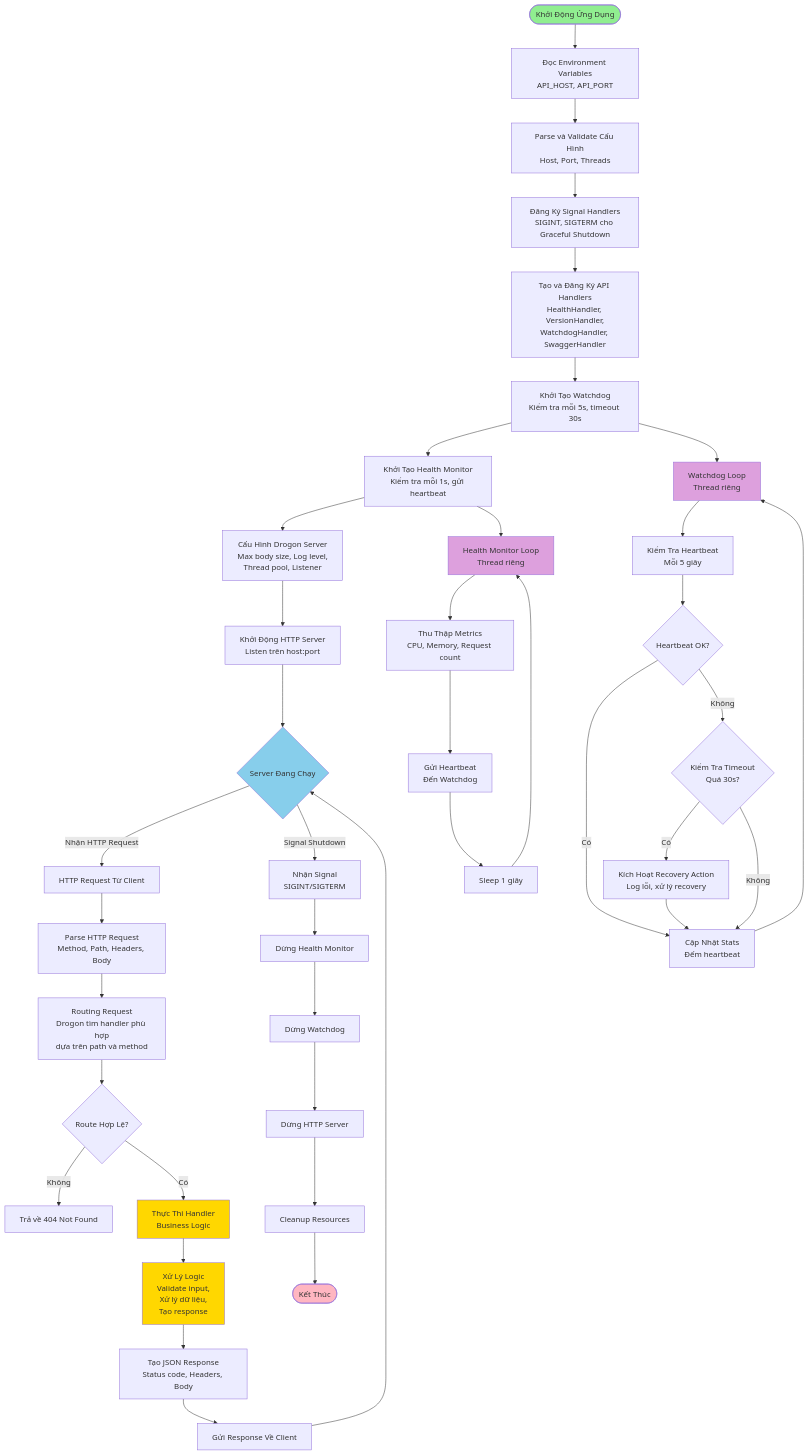
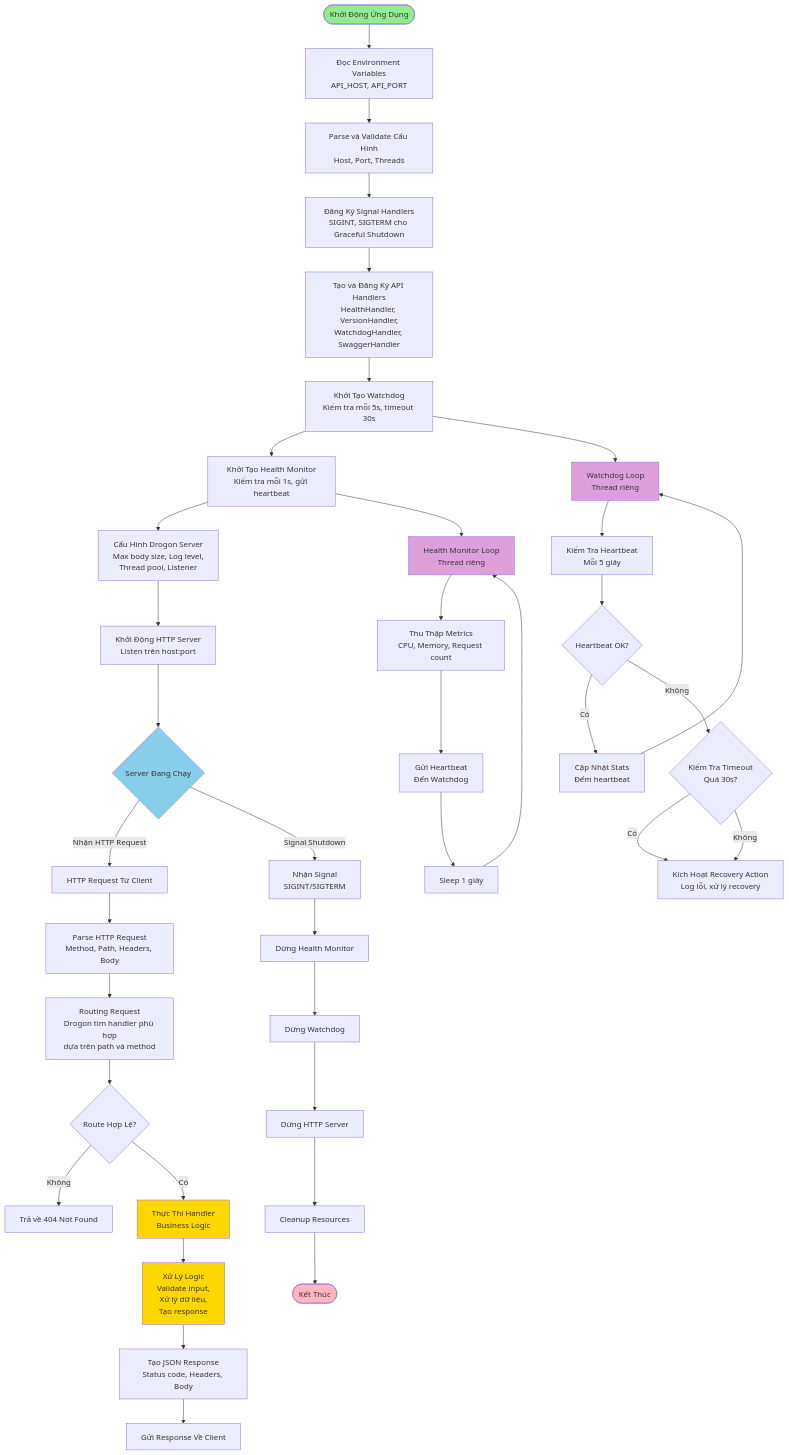
The first of 4 diagrams in docs/FLOW_DIAGRAM.md (cvedix/edge_ai_api), drawn with Mermaid before and after one commit.

Commit message:
Refactor flow diagram for clarity and logic

````diff
--- a/docs/FLOW_DIAGRAM.md
+++ b/docs/FLOW_DIAGRAM.md
@@ -7,54 +7,52 @@
 ```mermaid
 flowchart TD
     Start([Khởi Động Ứng Dụng]) --> ReadEnv[Đọc Environment Variables<br/>API_HOST, API_PORT]
     ReadEnv --> ParseConfig[Parse và Validate Cấu Hình<br/>Host, Port, Threads]
     ParseConfig --> RegisterSignal[Đăng Ký Signal Handlers<br/>SIGINT, SIGTERM cho Graceful Shutdown]
     RegisterSignal --> CreateHandlers[Tạo và Đăng Ký API Handlers<br/>HealthHandler, VersionHandler,<br/>WatchdogHandler, SwaggerHandler]
     CreateHandlers --> InitWatchdog[Khởi Tạo Watchdog<br/>Kiểm tra mỗi 5s, timeout 30s]
     InitWatchdog --> InitHealthMonitor[Khởi Tạo Health Monitor<br/>Kiểm tra mỗi 1s, gửi heartbeat]
     InitHealthMonitor --> ConfigDrogon[Cấu Hình Drogon Server<br/>Max body size, Log level,<br/>Thread pool, Listener]
     ConfigDrogon --> StartServer[Khởi Động HTTP Server<br/>Listen trên host:port]
     StartServer --> Running{Server Đang Chạy}
     
     Running -->|Nhận HTTP Request| ReceiveRequest[HTTP Request Từ Client]
     ReceiveRequest --> ParseRequest[Parse HTTP Request<br/>Method, Path, Headers, Body]
     ParseRequest --> RouteRequest[Routing Request<br/>Drogon tìm handler phù hợp<br/>dựa trên path và method]
     RouteRequest --> ValidateRoute{Route Hợp Lệ?}
     ValidateRoute -->|Không| Return404[Trả về 404 Not Found]
     ValidateRoute -->|Có| ExecuteHandler[Thực Thi Handler<br/>Business Logic]
     ExecuteHandler --> ProcessLogic[Xử Lý Logic<br/>Validate input,<br/>Xử lý dữ liệu,<br/>Tạo response]
     ProcessLogic --> BuildResponse[Tạo JSON Response<br/>Status code, Headers, Body]
     BuildResponse --> SendResponse[Gửi Response Về Client]
-    SendResponse --> Running
     
     Running -->|Signal Shutdown| ShutdownSignal[Nhận Signal<br/>SIGINT/SIGTERM]
     ShutdownSignal --> StopHealthMonitor[Dừng Health Monitor]
     StopHealthMonitor --> StopWatchdog[Dừng Watchdog]
     StopWatchdog --> StopServer[Dừng HTTP Server]
     StopServer --> Cleanup[Cleanup Resources]
     Cleanup --> End([Kết Thúc])
     
     InitWatchdog --> WatchdogLoop[Watchdog Loop<br/>Thread riêng]
     WatchdogLoop --> CheckHeartbeat[Kiểm Tra Heartbeat<br/>Mỗi 5 giây]
     CheckHeartbeat --> HeartbeatOK{Heartbeat OK?}
     HeartbeatOK -->|Có| UpdateStats[Cập Nhật Stats<br/>Đếm heartbeat]
     HeartbeatOK -->|Không| CheckTimeout{Kiểm Tra Timeout<br/>Quá 30s?}
     CheckTimeout -->|Có| TriggerRecovery[Kích Hoạt Recovery Action<br/>Log lỗi, xử lý recovery]
-    CheckTimeout -->|Không| UpdateStats
-    TriggerRecovery --> UpdateStats
+    CheckTimeout -->|Không| TriggerRecovery
     UpdateStats --> WatchdogLoop
     
     InitHealthMonitor --> HealthMonitorLoop[Health Monitor Loop<br/>Thread riêng]
     HealthMonitorLoop --> CollectMetrics[Thu Thập Metrics<br/>CPU, Memory, Request count]
     CollectMetrics --> SendHeartbeat[Gửi Heartbeat<br/>Đến Watchdog]
     SendHeartbeat --> SleepMonitor[Sleep 1 giây]
     SleepMonitor --> HealthMonitorLoop
     
     style Start fill:#90EE90
     style End fill:#FFB6C1
     style Running fill:#87CEEB
     style ExecuteHandler fill:#FFD700
     style ProcessLogic fill:#FFD700
     style WatchdogLoop fill:#DDA0DD
     style HealthMonitorLoop fill:#DDA0DD
 ```
````
